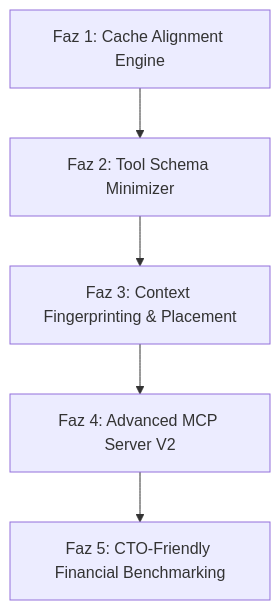
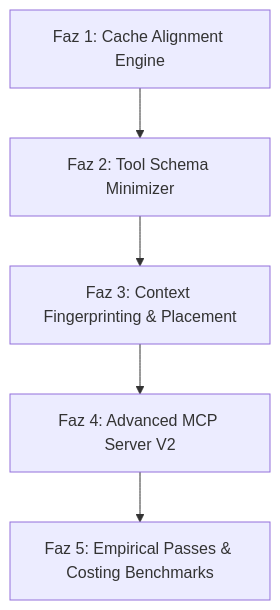
The diagram in plan.md (Baran3575/ContextIt), drawn with Mermaid before and after one commit. The commit also changed other lines of this file and 3 other files, not shown here.

Commit message:
docs: refine cache hit language and finalize V2 roadmap with measurable passes

````diff
--- a/plan.md
+++ b/plan.md
@@ -42,7 +41,7 @@
 ```mermaid
 graph TD
     Phase1[Faz 1: Cache Alignment Engine] --> Phase2[Faz 2: Tool Schema Minimizer]
     Phase2 --> Phase3[Faz 3: Context Fingerprinting & Placement]
     Phase3 --> Phase4[Faz 4: Advanced MCP Server V2]
-    Phase4 --> Phase5[Faz 5: CTO-Friendly Financial Benchmarking]
+    Phase4 --> Phase5[Faz 5: Empirical Passes & Costing Benchmarks]
 ```
````
